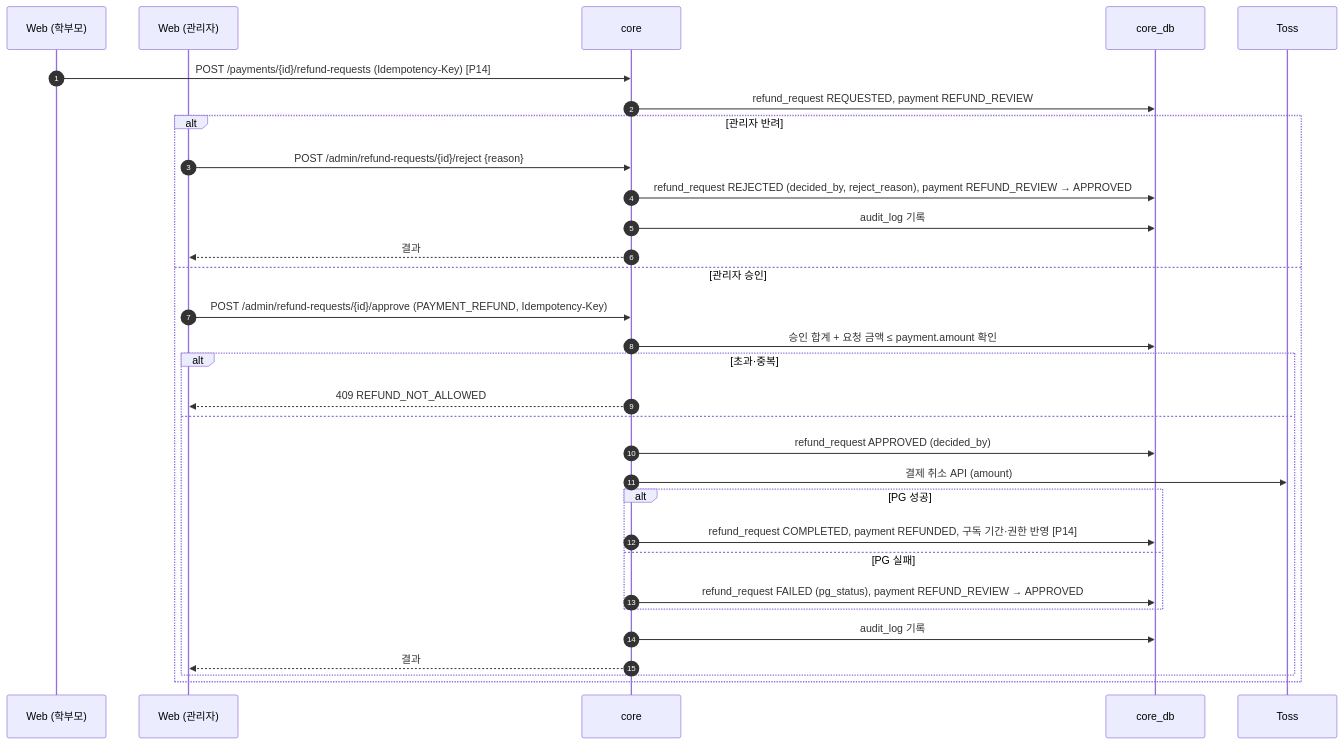
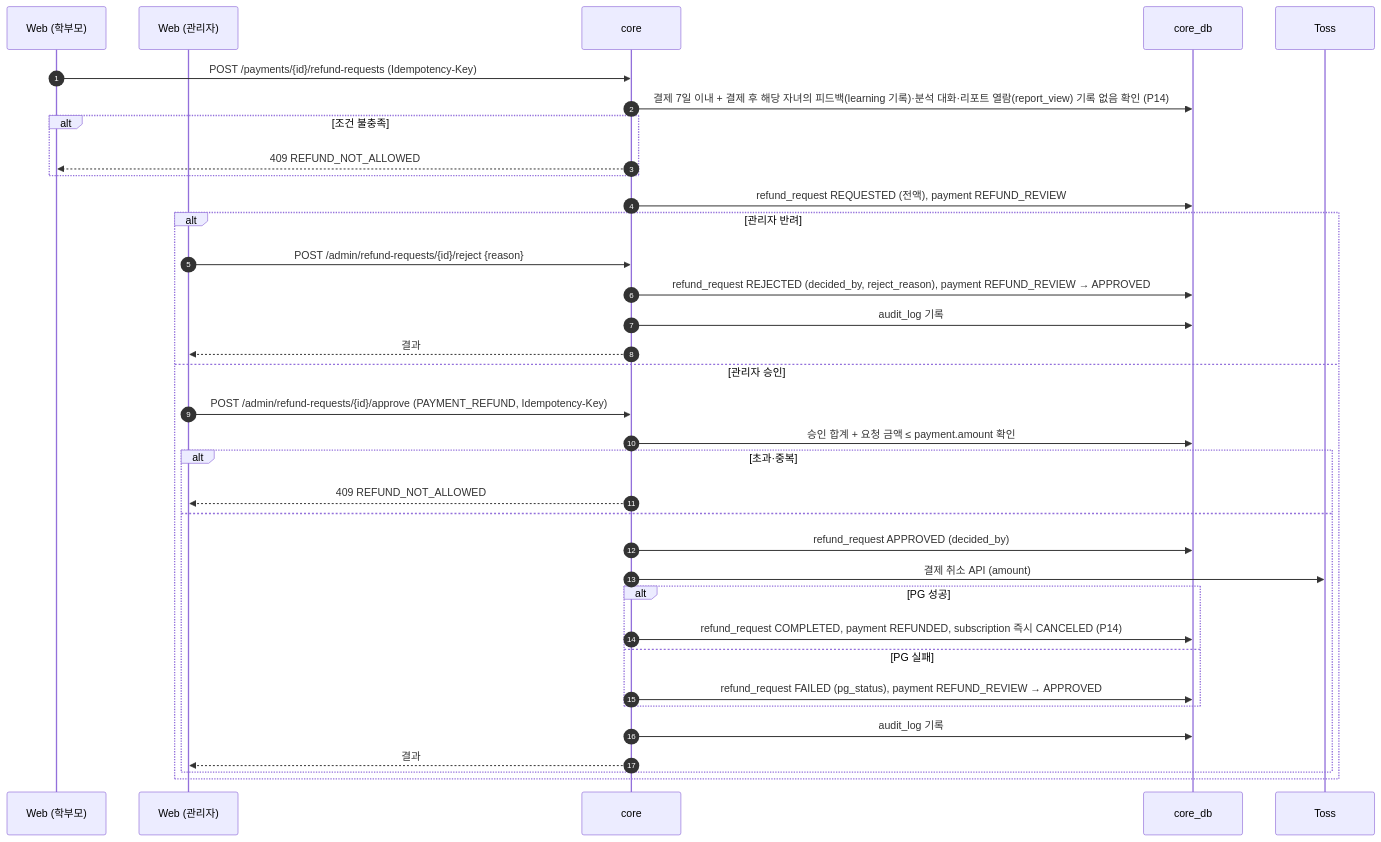
One commit to SKNETWORKS-FAMILY-AICAMP/SKN34-FINAL-3TEAM changed diagram 15 of 19 in docs/design/sequence-diagram.md. Above: the diagram before and after it, drawn with Mermaid. The commit also changed other lines of this file and 7 other files, not shown here.

````diff
--- a/docs/design/sequence-diagram.md
+++ b/docs/design/sequence-diagram.md
@@ -613,34 +658,38 @@
 ```mermaid
 sequenceDiagram
   autonumber
   participant W as Web (학부모)
   participant AW as Web (관리자)
   participant C as core
   participant DB as core_db
   participant T as Toss
 
-  W->>C: POST /payments/{id}/refund-requests (Idempotency-Key) [P14]
-  C->>DB: refund_request REQUESTED, payment REFUND_REVIEW
+  W->>C: POST /payments/{id}/refund-requests (Idempotency-Key)
+  C->>DB: 결제 7일 이내 + 결제 후 해당 자녀의 피드백(learning 기록)·분석 대화·리포트 열람(report_view) 기록 없음 확인 (P14)
+  alt 조건 불충족
+    C-->>W: 409 REFUND_NOT_ALLOWED
+  end
+  C->>DB: refund_request REQUESTED (전액), payment REFUND_REVIEW
   alt 관리자 반려
     AW->>C: POST /admin/refund-requests/{id}/reject {reason}
     C->>DB: refund_request REJECTED (decided_by, reject_reason), payment REFUND_REVIEW → APPROVED
     C->>DB: audit_log 기록
     C-->>AW: 결과
   else 관리자 승인
     AW->>C: POST /admin/refund-requests/{id}/approve (PAYMENT_REFUND, Idempotency-Key)
     C->>DB: 승인 합계 + 요청 금액 ≤ payment.amount 확인
     alt 초과·중복
       C-->>AW: 409 REFUND_NOT_ALLOWED
     else
       C->>DB: refund_request APPROVED (decided_by)
       C->>T: 결제 취소 API (amount)
       alt PG 성공
-        C->>DB: refund_request COMPLETED, payment REFUNDED, 구독 기간·권한 반영 [P14]
+        C->>DB: refund_request COMPLETED, payment REFUNDED, subscription 즉시 CANCELED (P14)
       else PG 실패
         C->>DB: refund_request FAILED (pg_status), payment REFUND_REVIEW → APPROVED
       end
       C->>DB: audit_log 기록
       C-->>AW: 결과
     end
   end
 ```
````
